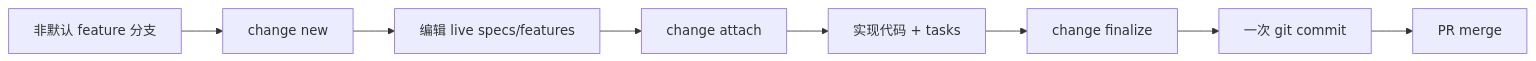
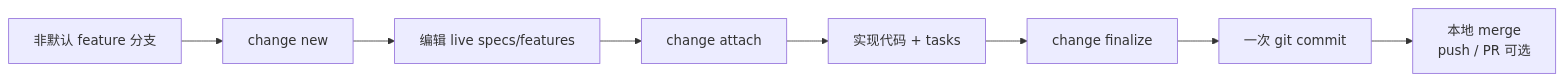
One commit to StrayDragon/llman changed the second of 2 diagrams in docs/sdd/pipeline-bdd-on.md. Above: the diagram before and after it, drawn with Mermaid. The commit also changed other lines of this file and 26 other files, not shown here.

````diff
--- a/docs/sdd/pipeline-bdd-on.md
+++ b/docs/sdd/pipeline-bdd-on.md
@@ -27,10 +27,10 @@
 ```mermaid
 flowchart LR
   B[非默认 feature 分支] --> N[change new]
   N --> L[编辑 live specs/features]
   L --> ATT[change attach]
   ATT --> IMP[实现代码 + tasks]
   IMP --> F[change finalize]
   F --> GC[一次 git commit]
-  GC --> PR[PR merge]
+  GC --> PR[本地 merge<br/>push / PR 可选]
 ```
````
